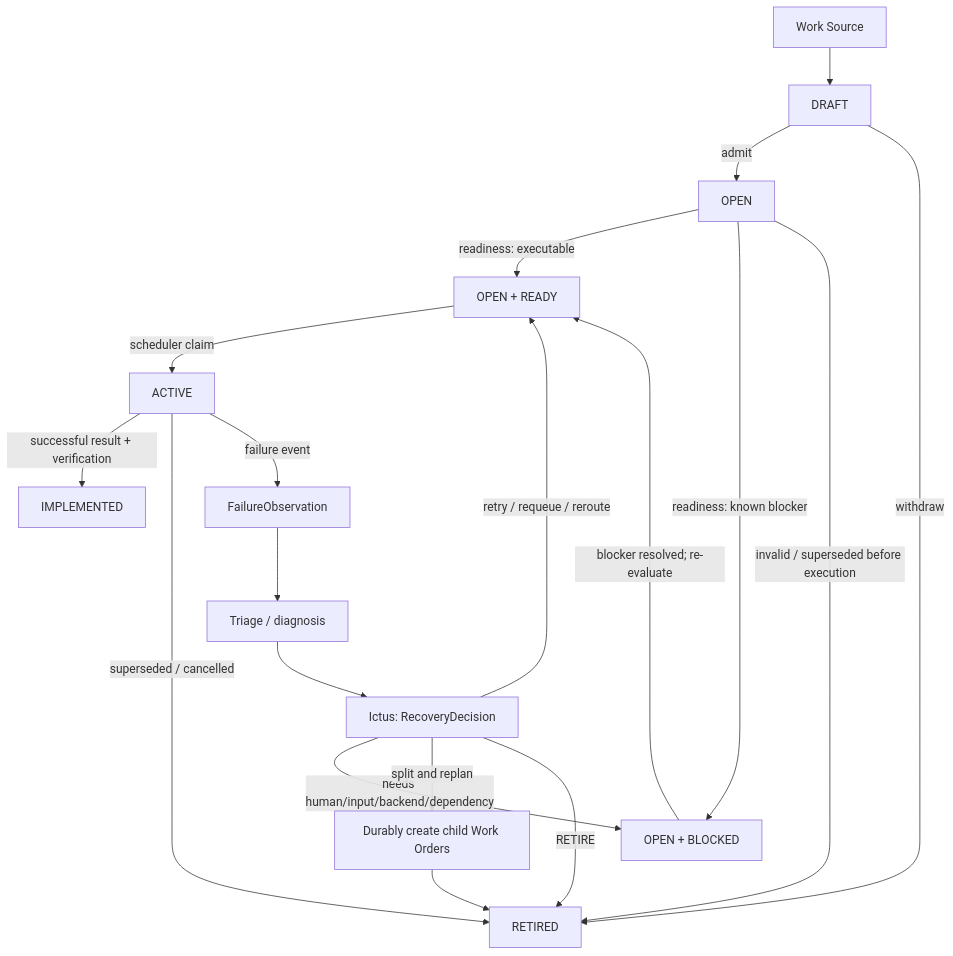
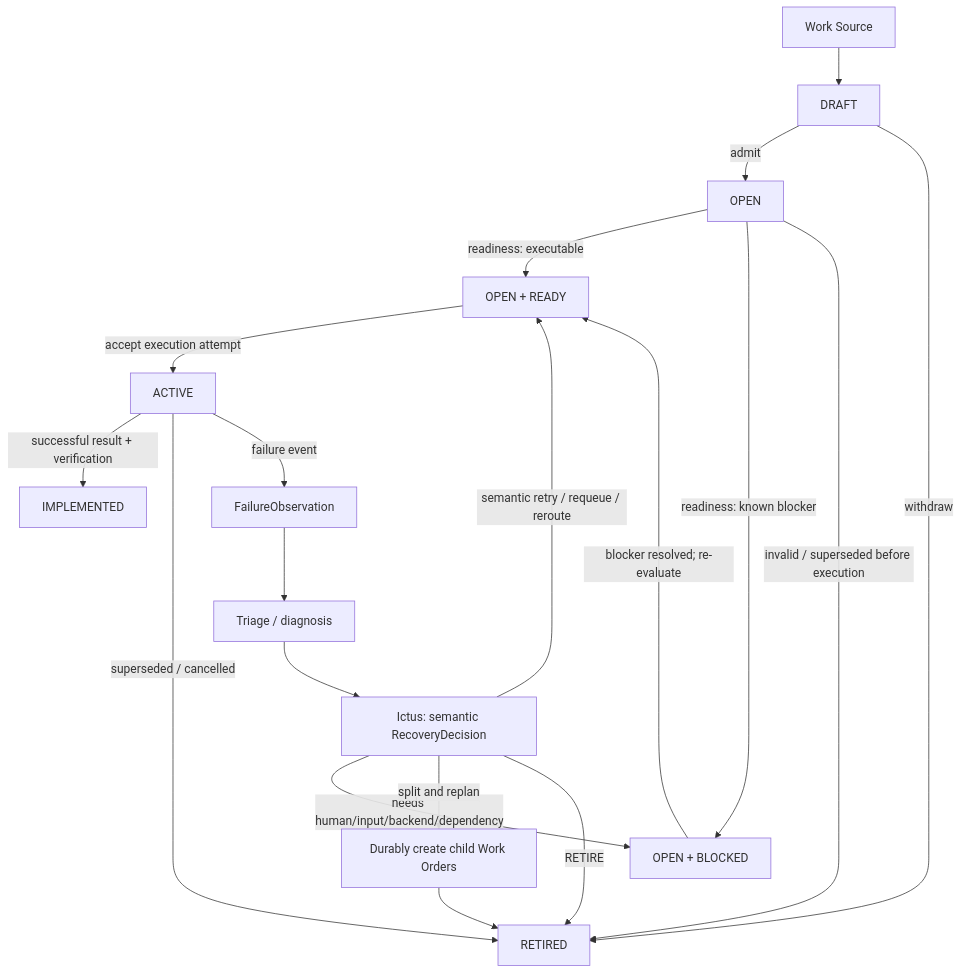
The diagram in docs/architecture/WHITEBOARD_OVERVIEW.md (Walsamer/tactus), drawn with Mermaid before and after one commit. The commit also changed other lines of this file and 6 other files, not shown here.

Commit message:
Fleet: FIX-001 — Re-freeze Tactus / Ictus / Dagster ownership boundaries (TCT-WO-FIX-001-architecture-ownership-reset)

````diff
--- a/docs/architecture/WHITEBOARD_OVERVIEW.md
+++ b/docs/architecture/WHITEBOARD_OVERVIEW.md
@@ -111,24 +174,24 @@
 ```mermaid
 flowchart TD
     WS[Work Source] --> DRAFT[DRAFT]
     DRAFT -->|admit| OPEN[OPEN]
     DRAFT -->|withdraw| RETIRED[RETIRED]
 
     OPEN -->|readiness: executable| READY[OPEN + READY]
     OPEN -->|readiness: known blocker| BLOCKED[OPEN + BLOCKED]
     BLOCKED -->|blocker resolved; re-evaluate| READY
-    READY -->|scheduler claim| ACTIVE[ACTIVE]
+    READY -->|accept execution attempt| ACTIVE[ACTIVE]
     OPEN -->|invalid / superseded before execution| RETIRED
 
     ACTIVE -->|successful result + verification| IMPLEMENTED[IMPLEMENTED]
     ACTIVE -->|superseded / cancelled| RETIRED
     ACTIVE -->|failure event| OBS[FailureObservation]
 
     OBS --> TRIAGE[Triage / diagnosis]
-    TRIAGE --> ICTUS[Ictus: RecoveryDecision]
-    ICTUS -->|retry / requeue / reroute| READY
+    TRIAGE --> ICTUS[Ictus: semantic RecoveryDecision]
+    ICTUS -->|semantic retry / requeue / reroute| READY
     ICTUS -->|needs human/input/backend/dependency| BLOCKED
     ICTUS -->|split and replan| CHILDREN[Durably create child Work Orders]
     CHILDREN --> RETIRED
     ICTUS -->|RETIRE| RETIRED
 ```
````
